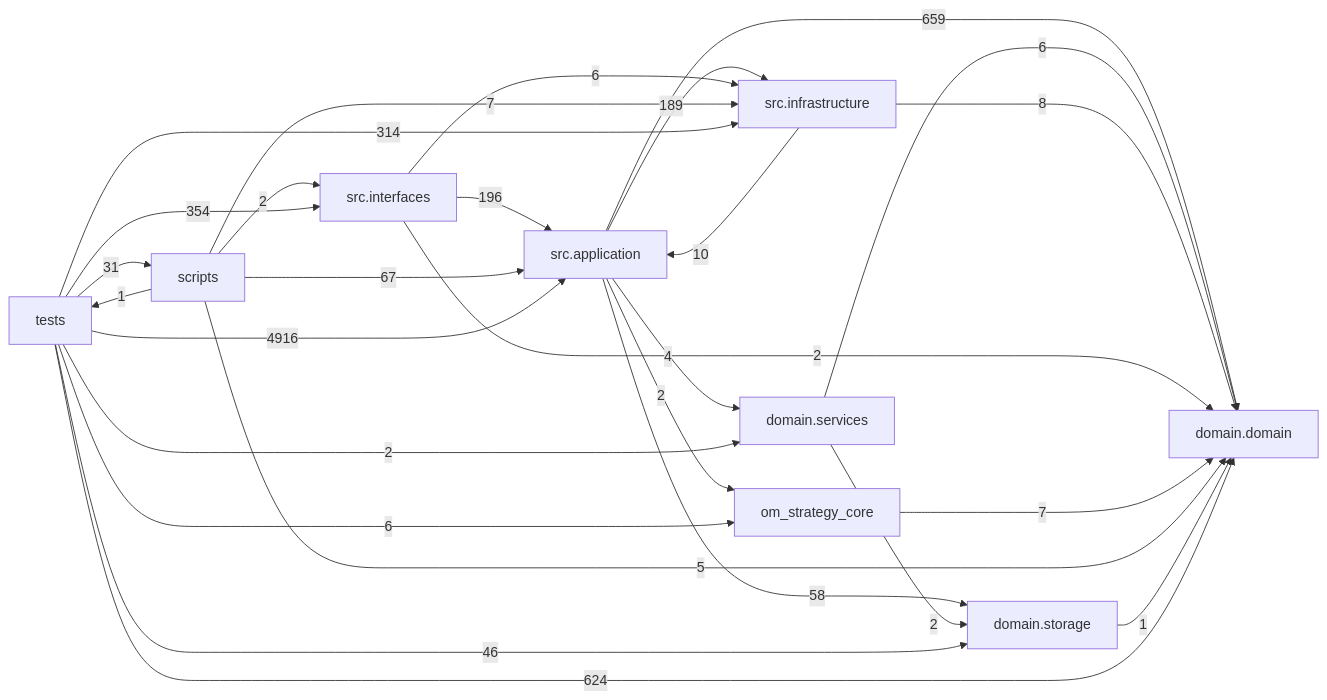
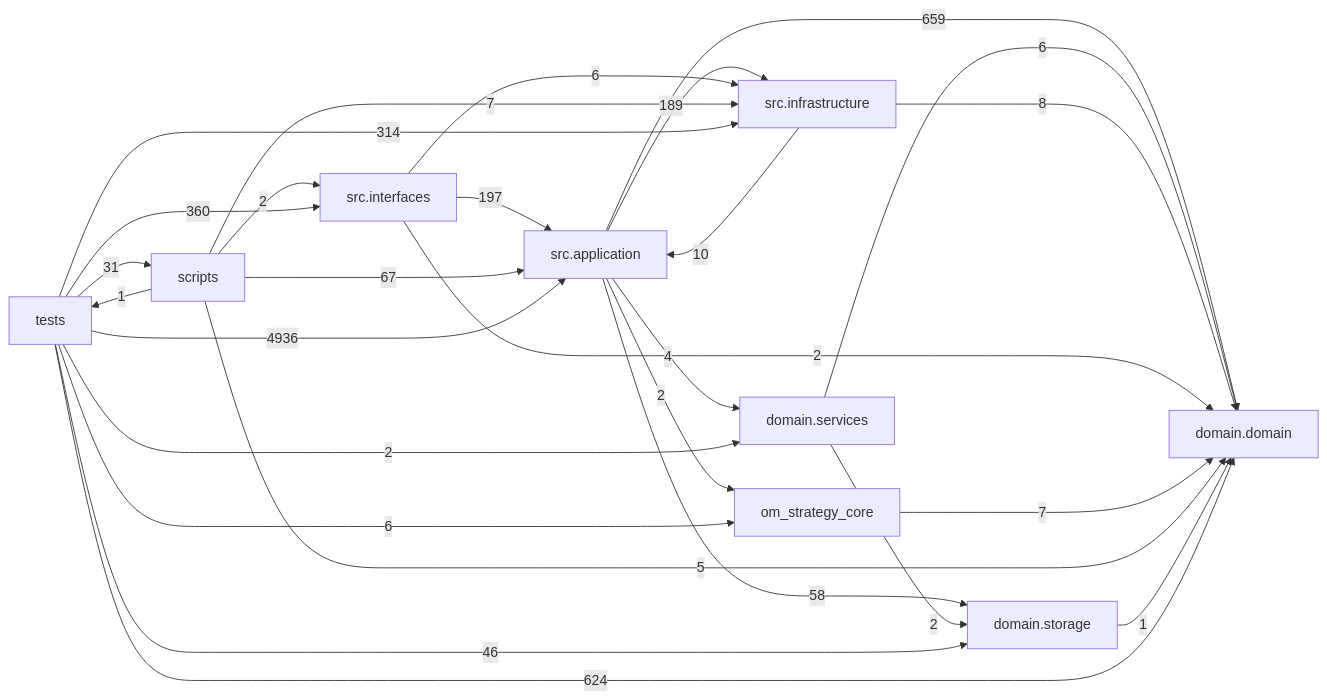
Before and after one commit to liuxie066/options-monitor: the diagram in docs/DEPENDENCY_GRAPH.md, drawn with Mermaid. The commit also changed other lines of this file and 13 other files, not shown here.

````diff
--- a/docs/DEPENDENCY_GRAPH.md
+++ b/docs/DEPENDENCY_GRAPH.md
@@ -24,38 +24,38 @@
 ```mermaid
 flowchart LR
   tests["tests"]
   scripts["scripts"]
   interfaces["src.interfaces"]
   application["src.application"]
   infrastructure["src.infrastructure"]
   domain_services["domain.services"]
   domain["domain.domain"]
   storage["domain.storage"]
   application -->|659| domain
   application -->|4| domain_services
   application -->|189| infrastructure
   application -->|2| om_strategy_core
   application -->|58| storage
   domain_services -->|6| domain
   domain_services -->|2| storage
   infrastructure -->|10| application
   infrastructure -->|8| domain
-  interfaces -->|196| application
+  interfaces -->|197| application
   interfaces -->|2| domain
   interfaces -->|6| infrastructure
   om_strategy_core -->|7| domain
   scripts -->|67| application
   scripts -->|5| domain
   scripts -->|7| infrastructure
   scripts -->|2| interfaces
   scripts -->|1| tests
   storage -->|1| domain
-  tests -->|4916| application
+  tests -->|4936| application
   tests -->|624| domain
   tests -->|2| domain_services
   tests -->|314| infrastructure
-  tests -->|354| interfaces
+  tests -->|360| interfaces
   tests -->|6| om_strategy_core
   tests -->|31| scripts
   tests -->|46| storage
 ```
````
